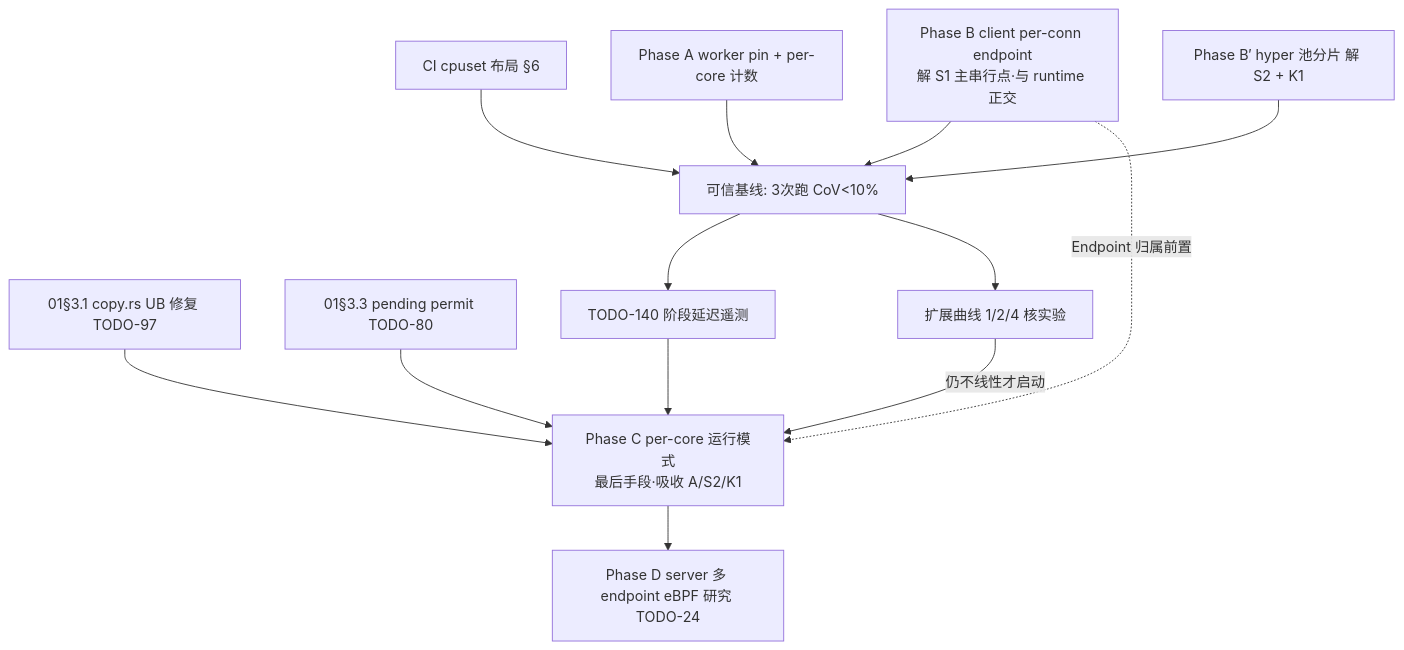
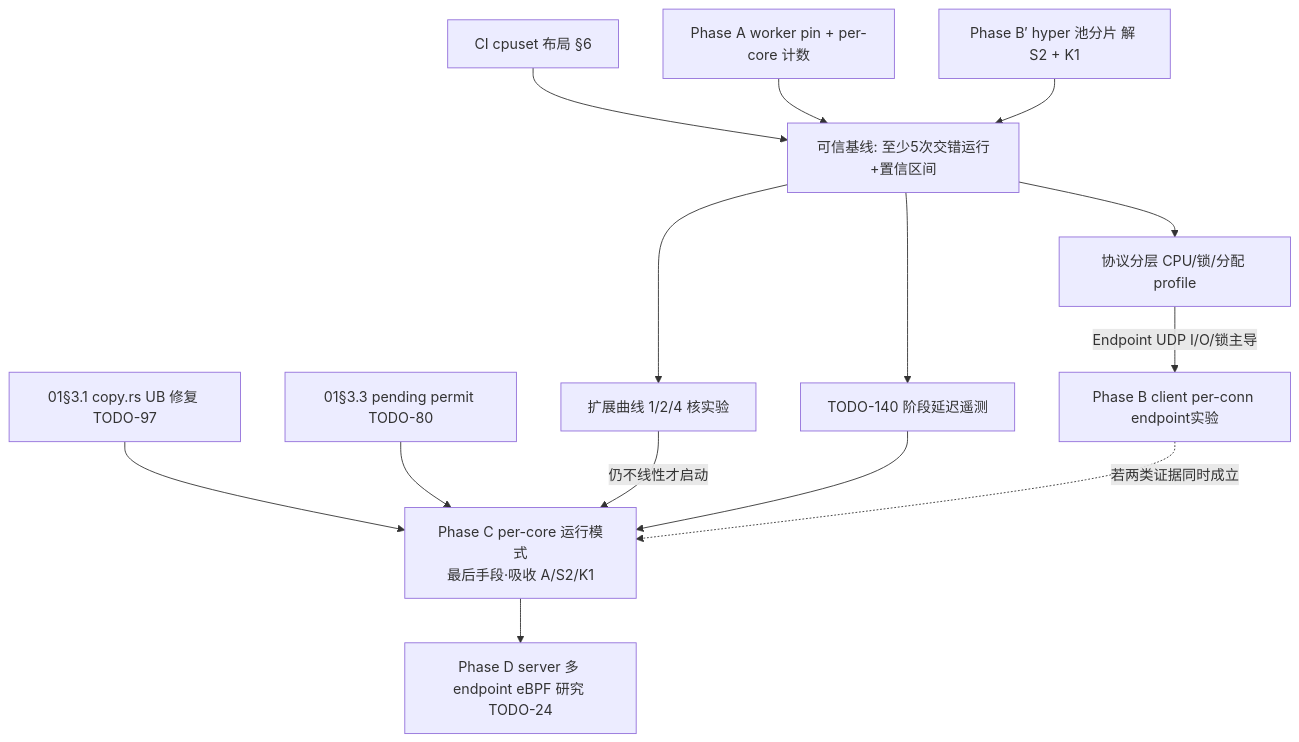
The diagram in docs/review-2026-07-26/02-scalability-and-cpu-affinity.md (locustbaby/duotunnel), drawn with Mermaid before and after one commit. The commit also changed other lines of this file and 11 other files, not shown here.

````diff
--- a/docs/review-2026-07-26/02-scalability-and-cpu-affinity.md
+++ b/docs/review-2026-07-26/02-scalability-and-cpu-affinity.md
@@ -501,15 +512,16 @@
 ```mermaid
 flowchart TD
     UB[01§3.1 copy.rs UB 修复 TODO-97] --> C
     P80[01§3.3 pending permit TODO-80] --> C
-    CI[CI cpuset 布局 §6] --> BASE[可信基线: 3次跑 CoV&lt;10%]
-    B[Phase B client per-conn endpoint<br/>解 S1 主串行点·与 runtime 正交] --> BASE
+    CI[CI cpuset 布局 §6] --> BASE[可信基线: 至少5次交错运行+置信区间]
+    BASE --> PROF[协议分层 CPU/锁/分配 profile]
+    PROF -->|Endpoint UDP I/O/锁主导| B[Phase B client per-conn endpoint实验]
     A[Phase A worker pin + per-core 计数] --> BASE
     BP[Phase B′ hyper 池分片 解 S2 + K1] --> BASE
     BASE --> T140[TODO-140 阶段延迟遥测]
     BASE --> CURVE[扩展曲线 1/2/4 核实验]
     CURVE -->|仍不线性才启动| C[Phase C per-core 运行模式<br/>最后手段·吸收 A/S2/K1]
     T140 --> C
-    B -.Endpoint 归属前置.-> C
+    B -.若两类证据同时成立.-> C
     C --> D[Phase D server 多 endpoint eBPF 研究 TODO-24]
 ```
````
